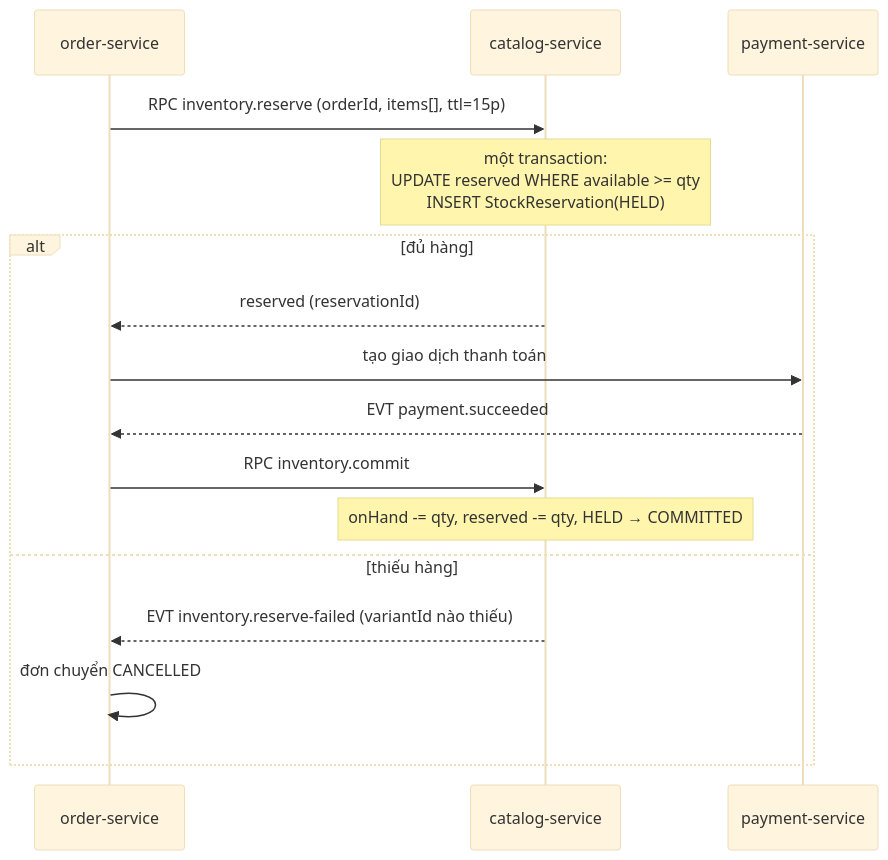
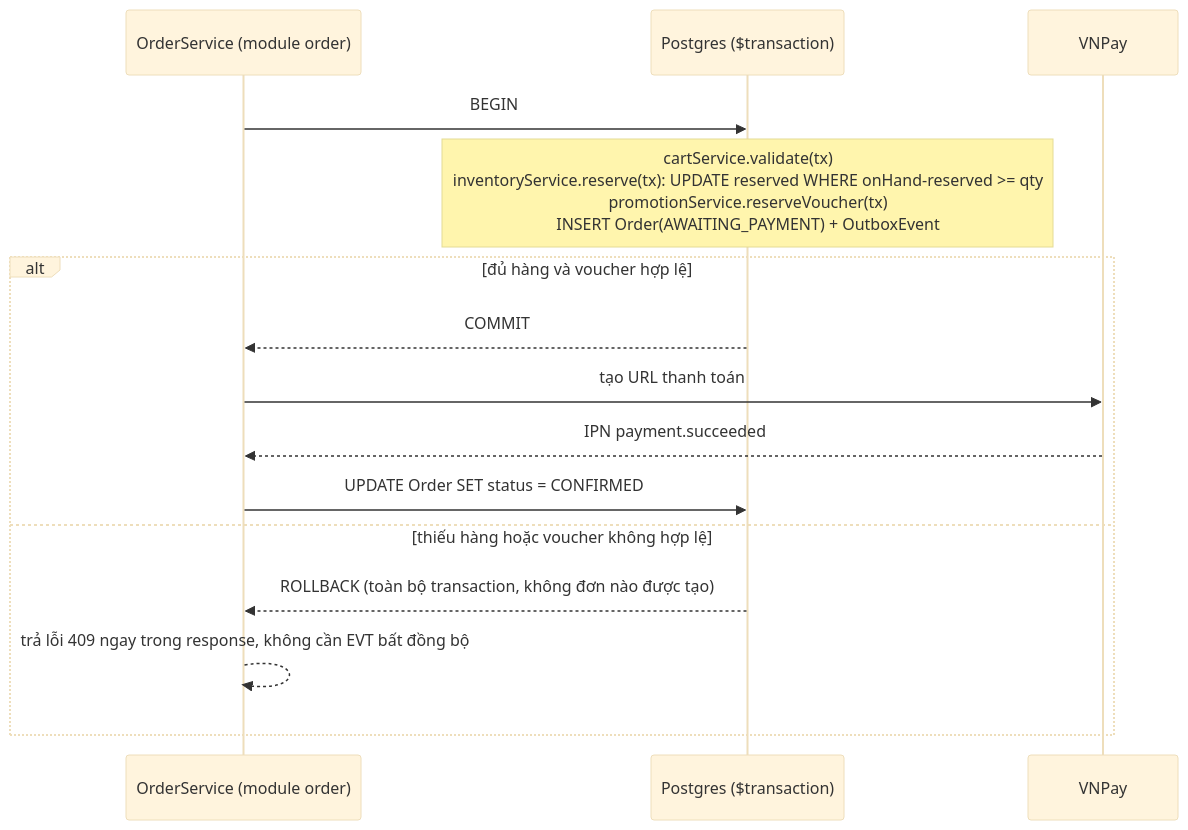
The diagram in docs/01-architecture/concurrency-and-consistency.md (timmy277/timmyhub), drawn with Mermaid (base theme) before and after one commit. The commit also changed other lines of this file and 34 other files, not shown here.

````diff
--- a/docs/01-architecture/concurrency-and-consistency.md
+++ b/docs/01-architecture/concurrency-and-consistency.md
@@ -96,18 +103,17 @@
 ```mermaid
 sequenceDiagram
-    participant O as order-service
-    participant C as catalog-service
-    participant P as payment-service
-    O->>C: RPC inventory.reserve (orderId, items[], ttl=15p)
-    Note over C: một transaction:<br/>UPDATE reserved WHERE available >= qty<br/>INSERT StockReservation(HELD)
-    alt đủ hàng
-        C-->>O: reserved (reservationId)
-        O->>P: tạo giao dịch thanh toán
-        P-->>O: EVT payment.succeeded
-        O->>C: RPC inventory.commit
-        Note over C: onHand -= qty, reserved -= qty, HELD → COMMITTED
-    else thiếu hàng
-        C-->>O: EVT inventory.reserve-failed (variantId nào thiếu)
-        O->>O: đơn chuyển CANCELLED
+    participant Api as OrderService (module order)
+    participant Db as Postgres ($transaction)
+    participant Vnp as VNPay
+    Api->>Db: BEGIN
+    Note over Db: cartService.validate(tx)<br/>inventoryService.reserve(tx): UPDATE reserved WHERE onHand-reserved >= qty<br/>promotionService.reserveVoucher(tx)<br/>INSERT Order(AWAITING_PAYMENT) + OutboxEvent
+    alt đủ hàng và voucher hợp lệ
+        Db-->>Api: COMMIT
+        Api->>Vnp: tạo URL thanh toán
+        Vnp-->>Api: IPN payment.succeeded
+        Api->>Db: UPDATE Order SET status = CONFIRMED
+    else thiếu hàng hoặc voucher không hợp lệ
+        Db-->>Api: ROLLBACK (toàn bộ transaction, không đơn nào được tạo)
+        Api-->>Api: trả lỗi 409 ngay trong response, không cần EVT bất đồng bộ
     end
 ```
````
